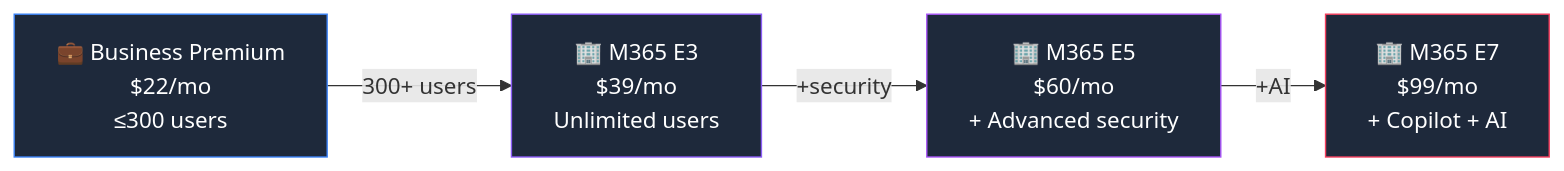
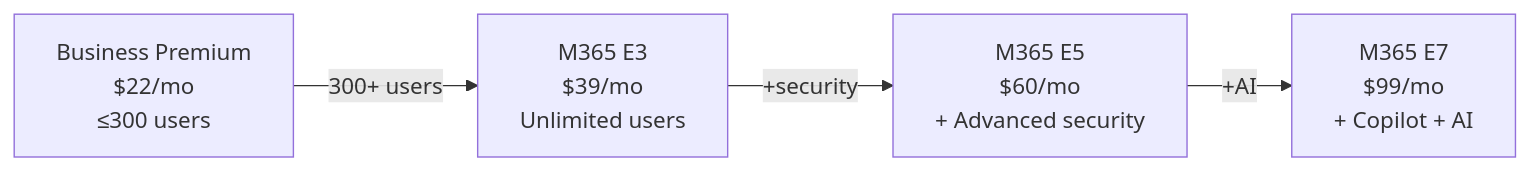
The second of 2 diagrams in content/licensing/microsoft-365-business-premium.md (susanthgit/aguidetocloud-revamp), drawn with Mermaid before and after one commit. The commit also changed other lines of this file and 553 other files, not shown here.

First line of the commit message:
🌸 Z17: Zen Mermaid diagrams — Stripe Docs style

````diff
--- a/content/licensing/microsoft-365-business-premium.md
+++ b/content/licensing/microsoft-365-business-premium.md
@@ -122,14 +119,10 @@
 ```mermaid
 flowchart LR
-    PRE["💼 Business Premium\n$22/mo\n≤300 users"]
-    E3["🏢 M365 E3\n$39/mo\nUnlimited users"]
-    E5["🏢 M365 E5\n$60/mo\n+ Advanced security"]
-    E7["🏢 M365 E7\n$99/mo\n+ Copilot + AI"]
+    PRE["Business Premium<br/>$22/mo<br/>≤300 users"]
+    E3["M365 E3<br/>$39/mo<br/>Unlimited users"]
+    E5["M365 E5<br/>$60/mo<br/>+ Advanced security"]
+    E7["M365 E7<br/>$99/mo<br/>+ Copilot + AI"]
     PRE -->|"300+ users"| E3
     E3 -->|"+security"| E5
     E5 -->|"+AI"| E7
-    style PRE fill:#1e293b,stroke:#3b82f6,color:#ffffff
-    style E3 fill:#1e293b,stroke:#8b5cf6,color:#ffffff
-    style E5 fill:#1e293b,stroke:#a855f7,color:#ffffff
-    style E7 fill:#1e293b,stroke:#F43F5E,color:#ffffff
 ```
````
